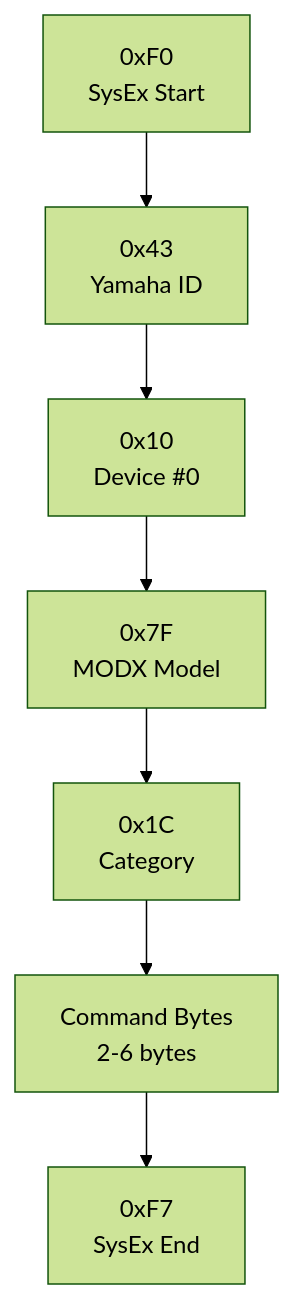
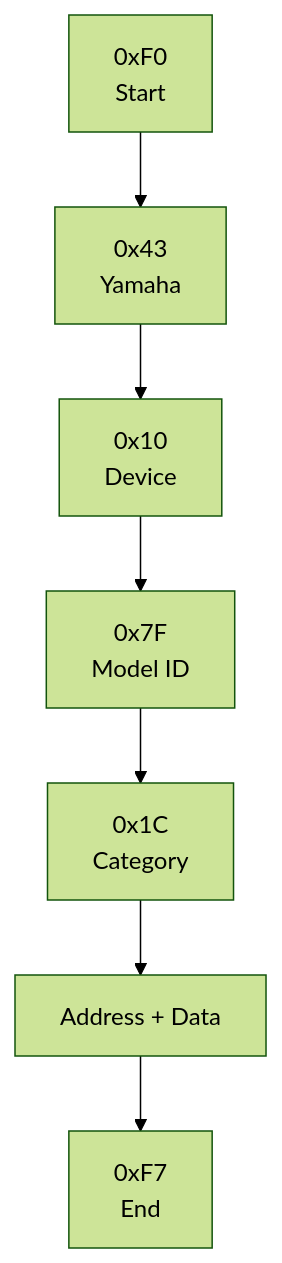
The second of 4 diagrams in wiki/10.1-midi-implementation-chart.md (Jus-Be/orinayo-pico), drawn with Mermaid (forest theme) before and after one commit. The commit also changed other lines of this file and 42 other files, not shown here.

````diff
--- a/wiki/10.1-midi-implementation-chart.md
+++ b/wiki/10.1-midi-implementation-chart.md
@@ -235,18 +179,18 @@
 ```mermaid
 flowchart TD
 
-F0["0xF0<br>SysEx Start"]
-YID["0x43<br>Yamaha ID"]
-DEV["0x10<br>Device #0"]
-MDL["0x7F<br>MODX Model"]
+F0["0xF0<br>Start"]
+YID["0x43<br>Yamaha"]
+DEV["0x10<br>Device"]
+MDL["0x7F<br>Model ID"]
 CAT["0x1C<br>Category"]
-CMD["Command Bytes<br>2-6 bytes"]
-F7["0xF7<br>SysEx End"]
+CMD["Address + Data"]
+F7["0xF7<br>End"]
 
 F0 --> YID
 YID --> DEV
 DEV --> MDL
 MDL --> CAT
 CAT --> CMD
 CMD --> F7
 ```
````
